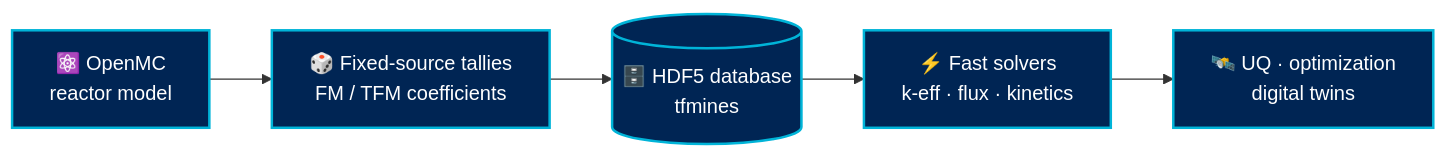
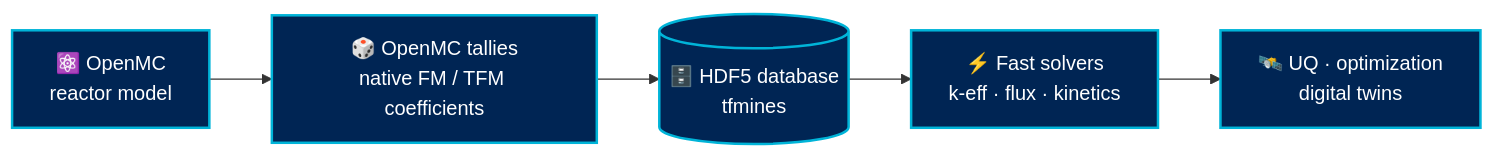
One commit to M-PRISM-Colorado-School-of-Mines/.github changed the diagram in profile/README.md. Above: the diagram before and after it, drawn with Mermaid. The commit also changed other lines of this file, not shown here.

Commit message:
Add OpenMC-Native-FM-Generation; native FM tallies in tooling and diagram

````diff
--- a/profile/README.md
+++ b/profile/README.md
@@ -51,9 +51,9 @@
 ```mermaid
 flowchart LR
-    A["⚛️ OpenMC<br/>reactor model"] --> B["🎲 Fixed-source tallies<br/>FM / TFM coefficients"]
+    A["⚛️ OpenMC<br/>reactor model"] --> B["🎲 OpenMC tallies<br/>native FM / TFM coefficients"]
     B --> C[("🗄️ HDF5 database<br/>tfmines")]
     C --> D["⚡ Fast solvers<br/>k-eff · flux · kinetics"]
     D --> E["🛰️ UQ · optimization<br/>digital twins"]
     classDef n fill:#002554,stroke:#00b4d8,color:#fff,stroke-width:2px;
     class A,B,C,D,E n;
 ```
````
